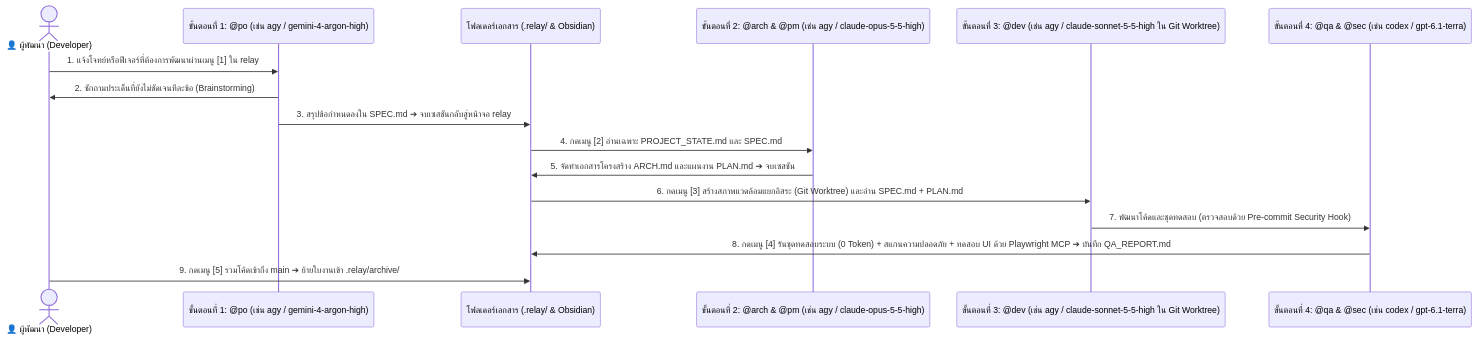
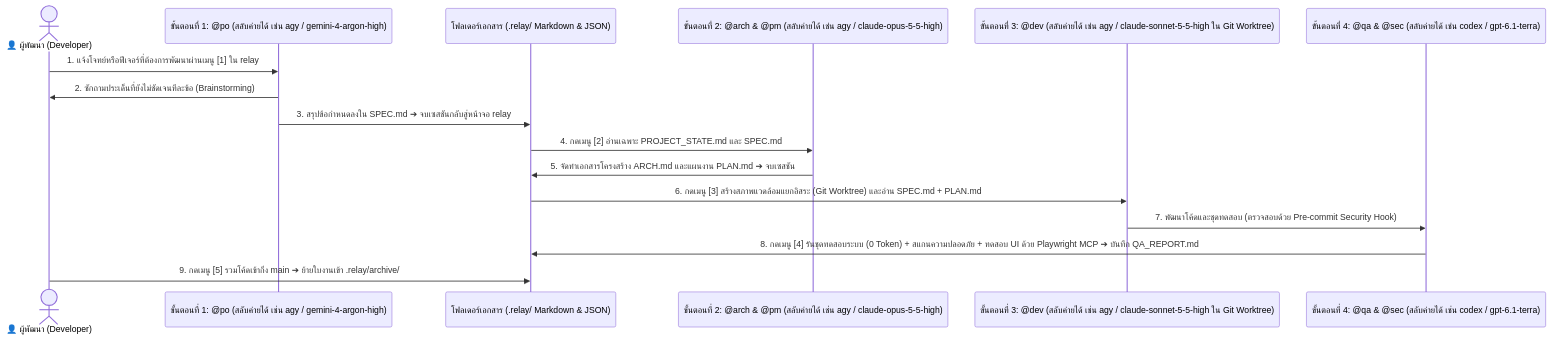
One commit to bosocmputer/RELAY changed the diagram in docs/ARCHITECTURE_DEEP_DIVE.md. Above: the diagram before and after it, drawn with Mermaid. The commit also changed 6 other files, not shown here.

Commit message:
docs: clarify Obsidian as optional viewer, emphasize role-to-AI flexibility, remove deprecated gemini-cli refs

````diff
--- a/docs/ARCHITECTURE_DEEP_DIVE.md
+++ b/docs/ARCHITECTURE_DEEP_DIVE.md
@@ -26,19 +26,19 @@
 ```mermaid
 sequenceDiagram
     actor User as 👤 ผู้พัฒนา (Developer)
-    participant P1 as ขั้นตอนที่ 1: @po (เช่น agy / gemini-4-argon-high)
-    participant Relay as โฟลเดอร์เอกสาร (.relay/ & Obsidian)
-    participant P2 as ขั้นตอนที่ 2: @arch & @pm (เช่น agy / claude-opus-5-5-high)
-    participant P3 as ขั้นตอนที่ 3: @dev (เช่น agy / claude-sonnet-5-5-high ใน Git Worktree)
-    participant P4 as ขั้นตอนที่ 4: @qa & @sec (เช่น codex / gpt-6.1-terra)
+    participant P1 as ขั้นตอนที่ 1: @po (สลับค่ายได้ เช่น agy / gemini-4-argon-high)
+    participant Relay as โฟลเดอร์เอกสาร (.relay/ Markdown & JSON)
+    participant P2 as ขั้นตอนที่ 2: @arch & @pm (สลับค่ายได้ เช่น agy / claude-opus-5-5-high)
+    participant P3 as ขั้นตอนที่ 3: @dev (สลับค่ายได้ เช่น agy / claude-sonnet-5-5-high ใน Git Worktree)
+    participant P4 as ขั้นตอนที่ 4: @qa & @sec (สลับค่ายได้ เช่น codex / gpt-6.1-terra)
 
     User->>P1: 1. แจ้งโจทย์หรือฟีเจอร์ที่ต้องการพัฒนาผ่านเมนู [1] ใน relay
     P1->>User: 2. ซักถามประเด็นที่ยังไม่ชัดเจนทีละข้อ (Brainstorming)
     P1->>Relay: 3. สรุปข้อกำหนดลงใน SPEC.md ➔ จบเซสชันกลับสู่หน้าจอ relay
     Relay->>P2: 4. กดเมนู [2] อ่านเฉพาะ PROJECT_STATE.md และ SPEC.md
     P2->>Relay: 5. จัดทำเอกสารโครงสร้าง ARCH.md และแผนงาน PLAN.md ➔ จบเซสชัน
     Relay->>P3: 6. กดเมนู [3] สร้างสภาพแวดล้อมแยกอิสระ (Git Worktree) และอ่าน SPEC.md + PLAN.md
     P3->>P4: 7. พัฒนาโค้ดและชุดทดสอบ (ตรวจสอบด้วย Pre-commit Security Hook)
     P4->>Relay: 8. กดเมนู [4] รันชุดทดสอบระบบ (0 Token) + สแกนความปลอดภัย + ทดสอบ UI ด้วย Playwright MCP ➔ บันทึก QA_REPORT.md
     User->>Relay: 9. กดเมนู [5] รวมโค้ดเข้ากิ่ง main ➔ ย้ายใบงานเข้า .relay/archive/
 ```
````
